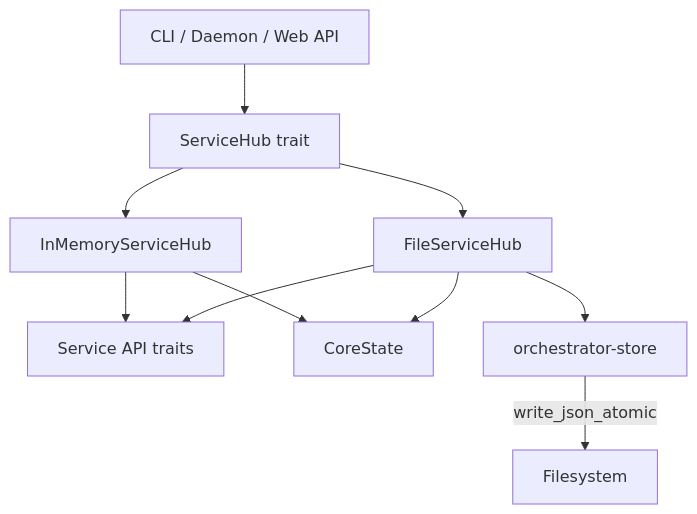
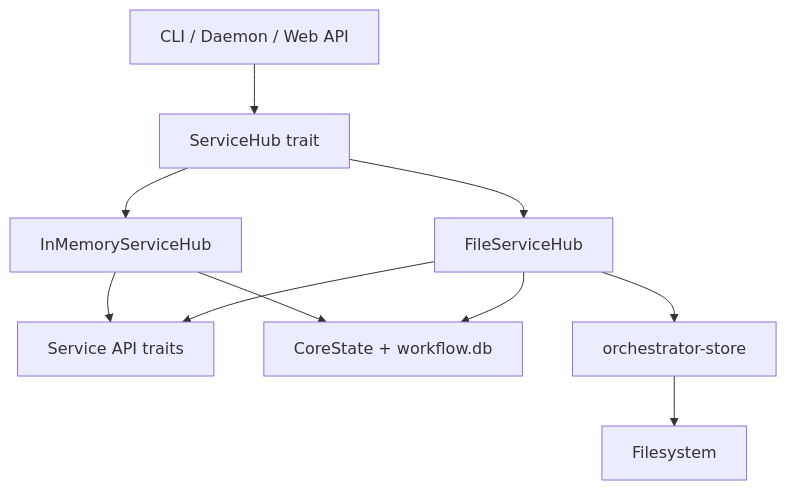
Before and after one commit to renakdata17/animus-cli: the diagram in docs/architecture/service-hub.md, drawn with Mermaid. The commit also changed other lines of this file and 24 other files, not shown here.

````diff
--- a/docs/architecture/service-hub.md
+++ b/docs/architecture/service-hub.md
@@ -80,20 +55,20 @@
 ```mermaid
 graph TD
     CLI["CLI / Daemon / Web API"]
     HUB["ServiceHub trait"]
     FILE["FileServiceHub"]
     MEM["InMemoryServiceHub"]
     APIS["Service API traits"]
-    STATE["CoreState"]
+    STATE["CoreState + workflow.db"]
     STORE["orchestrator-store"]
 
     CLI --> HUB
     HUB --> FILE
     HUB --> MEM
     FILE --> APIS
     MEM --> APIS
     FILE --> STATE
     MEM --> STATE
     FILE --> STORE
-    STORE -->|"write_json_atomic"| FS["Filesystem"]
+    STORE --> FS["Filesystem"]
 ```
````
